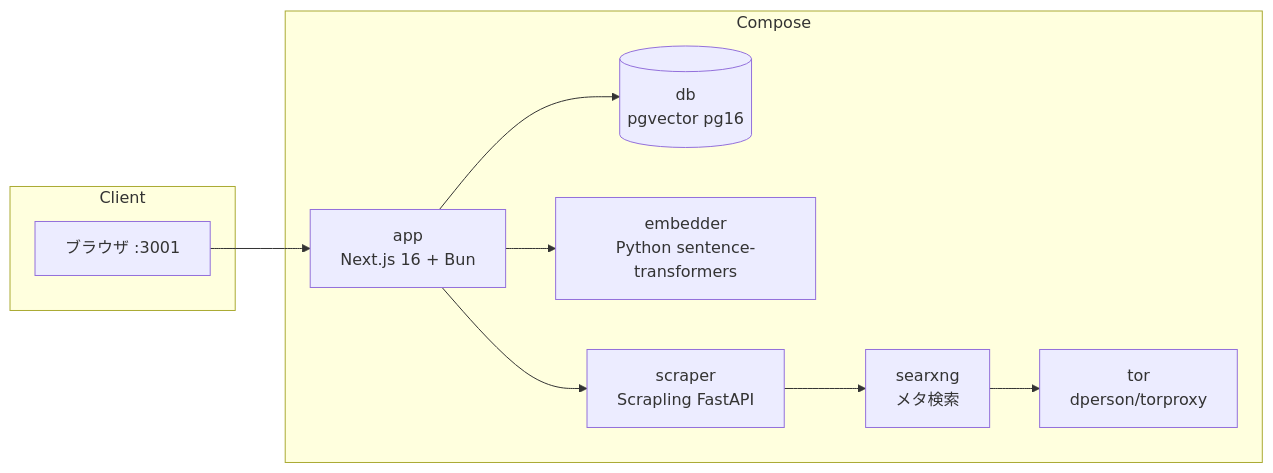
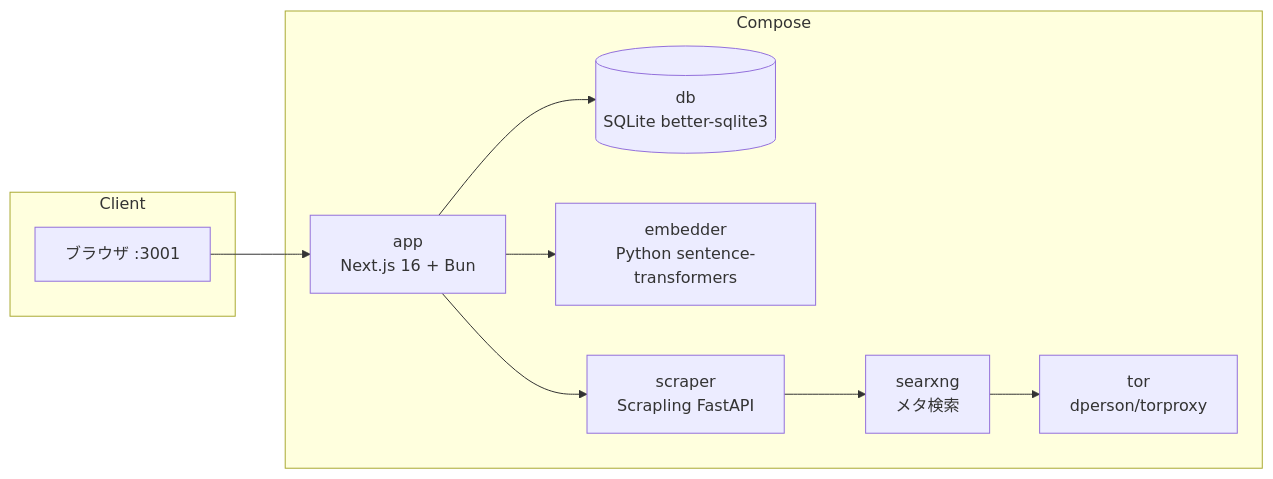
The diagram in README.ja.md (johmaru/MinervaAIWorkspace), drawn with Mermaid before and after one commit. The commit also changed other lines of this file and 51 other files, not shown here.

First line of the commit message:
feat: migrate PostgreSQL+pgvector to SQLite + standalone Windows exe distribution

````diff
--- a/README.ja.md
+++ b/README.ja.md
@@ -39,20 +39,20 @@
 ```mermaid
 flowchart LR
     subgraph Client
         Browser[ブラウザ :3001]
     end
     subgraph Compose
         app[app<br/>Next.js 16 + Bun]
-        db[(db<br/>pgvector pg16)]
+        db[(db<br/>SQLite better-sqlite3)]
         embedder[embedder<br/>Python sentence-transformers]
         scraper[scraper<br/>Scrapling FastAPI]
         searxng[searxng<br/>メタ検索]
         tor[tor<br/>dperson/torproxy]
     end
     Browser --> app
     app --> db
     app --> embedder
     app --> scraper
     scraper --> searxng
     searxng --> tor
 ```
````
